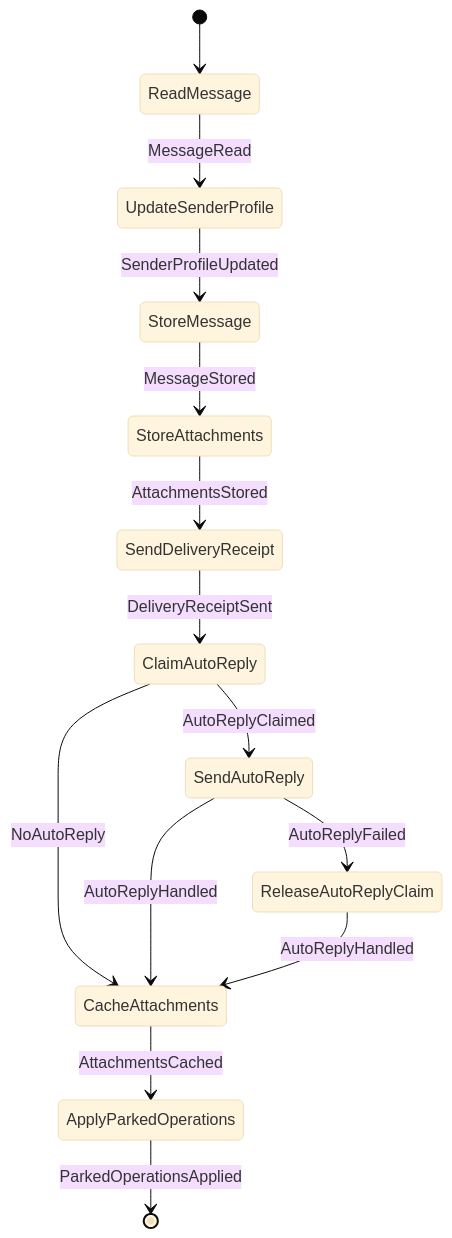
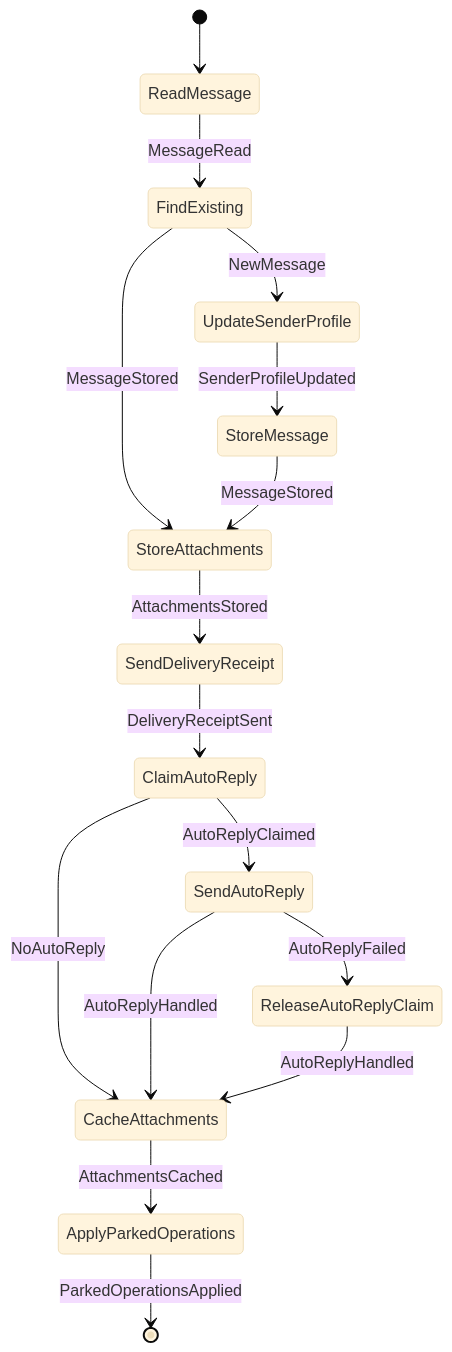
Before and after one commit to cbgm/Sparrow: the first of 31 diagrams in docs/architecture/workflows/incoming.md, drawn with Mermaid (base theme). The commit also changed other lines of this file and 226 other files, not shown here.

````diff
--- a/docs/architecture/workflows/incoming.md
+++ b/docs/architecture/workflows/incoming.md
@@ -59,16 +61,18 @@
 ```mermaid
 stateDiagram-v2
     [*] --> ReadMessage
-    ReadMessage --> UpdateSenderProfile : MessageRead
+    ReadMessage --> FindExisting : MessageRead
+    FindExisting --> StoreAttachments : MessageStored
+    FindExisting --> UpdateSenderProfile : NewMessage
     UpdateSenderProfile --> StoreMessage : SenderProfileUpdated
     StoreMessage --> StoreAttachments : MessageStored
     StoreAttachments --> SendDeliveryReceipt : AttachmentsStored
     SendDeliveryReceipt --> ClaimAutoReply : DeliveryReceiptSent
     ClaimAutoReply --> SendAutoReply : AutoReplyClaimed
     ClaimAutoReply --> CacheAttachments : NoAutoReply
     SendAutoReply --> ReleaseAutoReplyClaim : AutoReplyFailed
     SendAutoReply --> CacheAttachments : AutoReplyHandled
     ReleaseAutoReplyClaim --> CacheAttachments : AutoReplyHandled
     CacheAttachments --> ApplyParkedOperations : AttachmentsCached
     ApplyParkedOperations --> [*] : ParkedOperationsApplied
 ```
````
